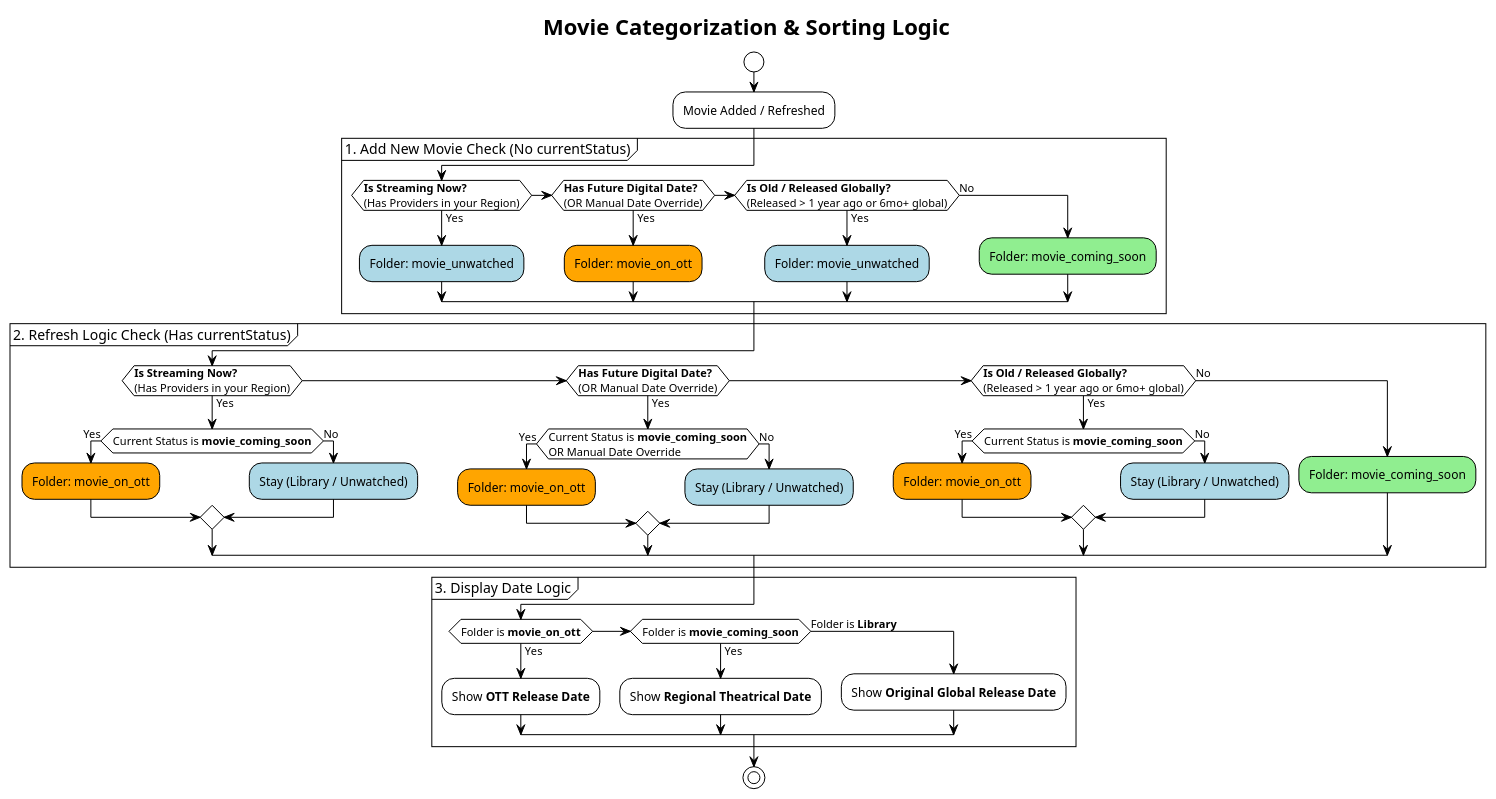
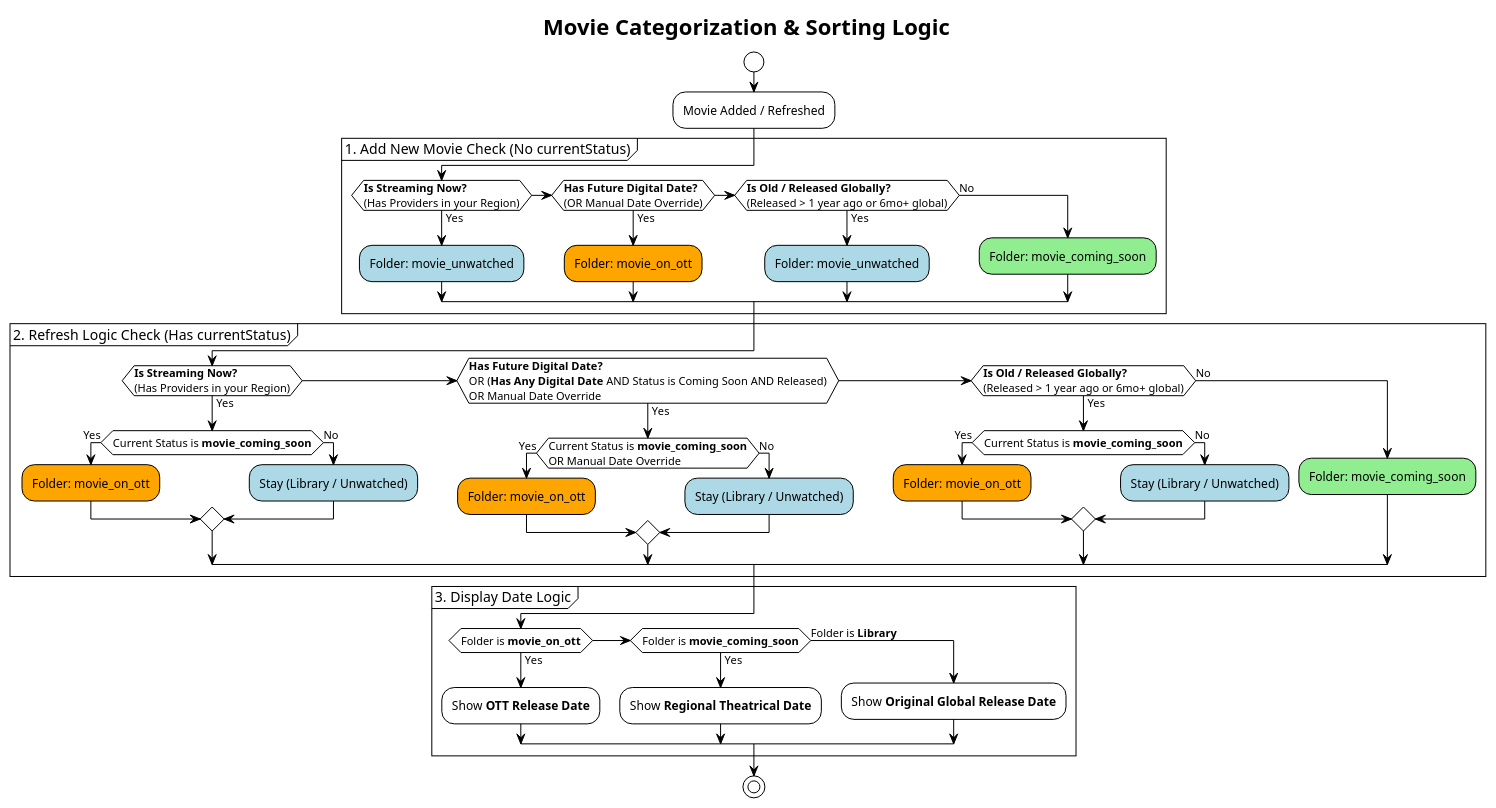
Before and after one commit to thissaksham/personal-watchlist: the diagram in MOVIE_LOGIC.md, drawn with PlantUML. The commit also changed 11 other files, not shown here.

````diff
--- a/MOVIE_LOGIC.md
+++ b/MOVIE_LOGIC.md
@@ -7,57 +7,57 @@
 ```plantuml
 @startuml
 !theme plain
 title Movie Categorization & Sorting Logic
 
 start
 :Movie Added / Refreshed;
 
 partition "1. Add New Movie Check (No currentStatus)" {
   if (**Is Streaming Now?**\n(Has Providers in your Region)) then (Yes)
     #LightBlue:Folder: movie_unwatched;
   elseif (**Has Future Digital Date?**\n(OR Manual Date Override)) then (Yes)
     #Orange:Folder: movie_on_ott;
   elseif (**Is Old / Released Globally?**\n(Released > 1 year ago or 6mo+ global)) then (Yes)
     #LightBlue:Folder: movie_unwatched;
   else (No)
     #LightGreen:Folder: movie_coming_soon;
   endif
 }
 
 partition "2. Refresh Logic Check (Has currentStatus)" {
   if (**Is Streaming Now?**\n(Has Providers in your Region)) then (Yes)
     if (Current Status is **movie_coming_soon**) then (Yes)
         #Orange:Folder: movie_on_ott;
     else (No)
         #LightBlue:Stay (Library / Unwatched);
     endif
-  elseif (**Has Future Digital Date?**\n(OR Manual Date Override)) then (Yes)
+  elseif (**Has Future Digital Date?**\nOR (**Has Any Digital Date** AND Status is Coming Soon AND Released)\nOR Manual Date Override) then (Yes)
     if (Current Status is **movie_coming_soon**\nOR Manual Date Override) then (Yes)
         #Orange:Folder: movie_on_ott;
     else (No)
         #LightBlue:Stay (Library / Unwatched);
     endif
   elseif (**Is Old / Released Globally?**\n(Released > 1 year ago or 6mo+ global)) then (Yes)
     if (Current Status is **movie_coming_soon**) then (Yes)
         #Orange:Folder: movie_on_ott;
     else (No)
         #LightBlue:Stay (Library / Unwatched);
     endif
   else (No)
     #LightGreen:Folder: movie_coming_soon;
   endif
 }
 
 partition "3. Display Date Logic" {
   if (Folder is **movie_on_ott**) then (Yes)
     :Show **OTT Release Date**;
   elseif (Folder is **movie_coming_soon**) then (Yes)
     :Show **Regional Theatrical Date**;
   else (Folder is **Library**)
     :Show **Original Global Release Date**;
   endif
 }
 
 stop
 @enduml
 ```
````
